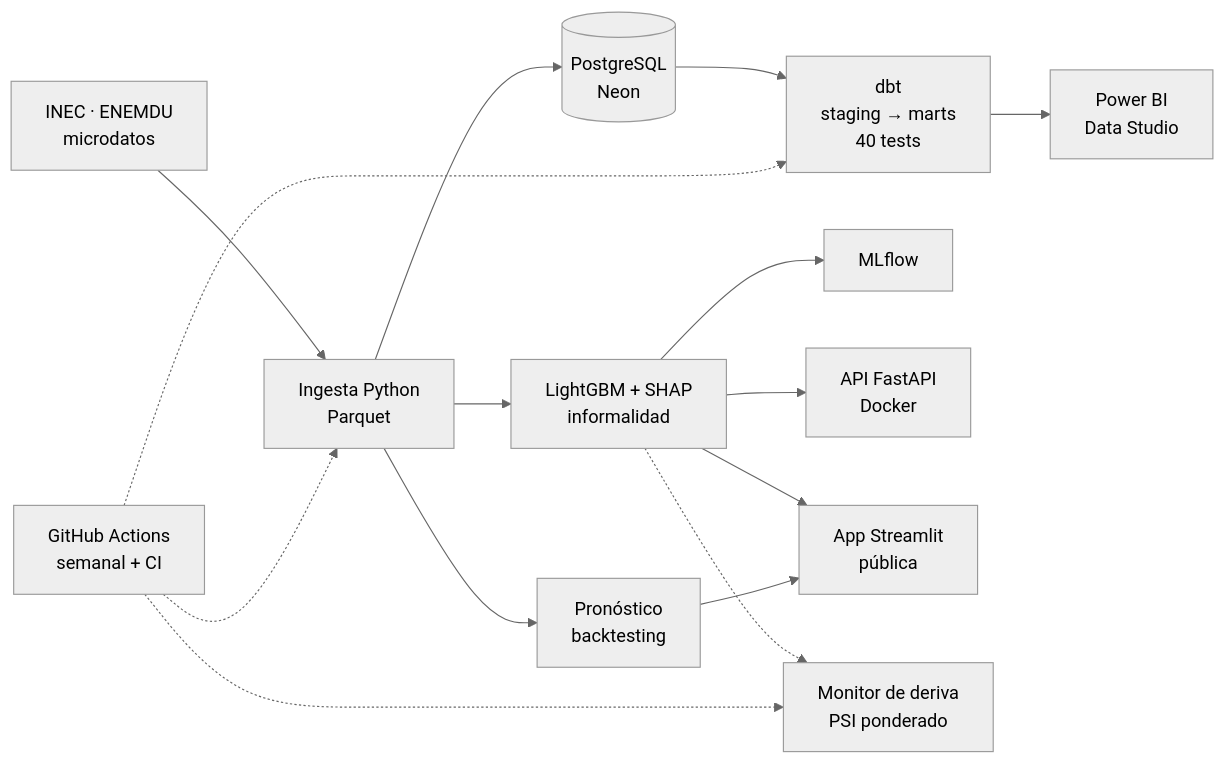
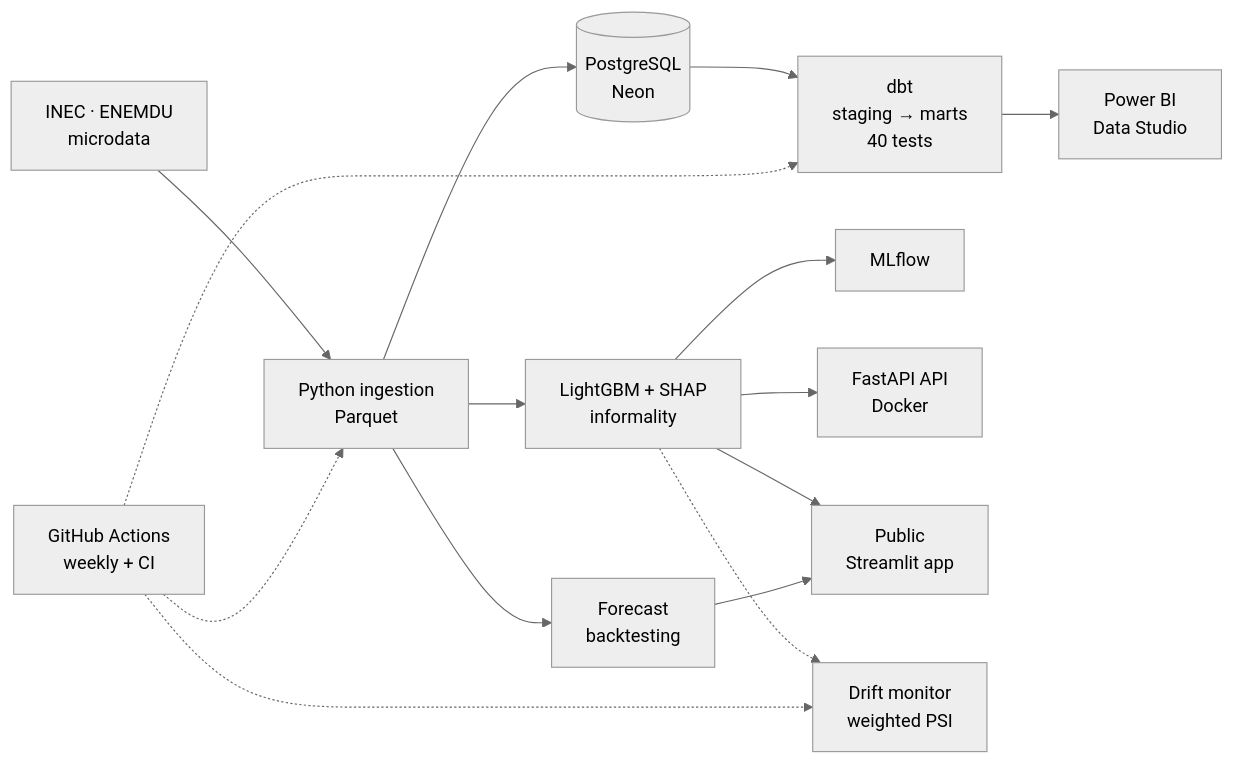
Before and after one commit to GUAR-NIX/PORTAFOLIO-CLOUD: the diagram in observatorio-laboral-ec/README.md, drawn with Mermaid (neutral theme). The commit also changed other lines of this file and 24 other files, not shown here.

````diff
--- a/observatorio-laboral-ec/README.md
+++ b/observatorio-laboral-ec/README.md
@@ -89,14 +102,14 @@
 ```mermaid
 flowchart LR
-  INEC["INEC · ENEMDU<br/>microdatos"] --> ING["Ingesta Python<br/>Parquet"]
+  INEC["INEC · ENEMDU<br/>microdata"] --> ING["Python ingestion<br/>Parquet"]
   ING --> PG[("PostgreSQL<br/>Neon")]
   PG --> DBT["dbt<br/>staging → marts<br/>40 tests"]
   DBT --> BI["Power BI<br/>Data Studio"]
-  ING --> ML1["LightGBM + SHAP<br/>informalidad"]
-  ING --> ML2["Pronóstico<br/>backtesting"]
+  ING --> ML1["LightGBM + SHAP<br/>informality"]
+  ING --> ML2["Forecast<br/>backtesting"]
   ML1 --> MLF["MLflow"]
-  ML1 --> API["API FastAPI<br/>Docker"]
-  ML1 & ML2 --> APP["App Streamlit<br/>pública"]
-  ML1 -.-> MON["Monitor de deriva<br/>PSI ponderado"]
-  GHA["GitHub Actions<br/>semanal + CI"] -.-> ING & DBT & MON
+  ML1 --> API["FastAPI API<br/>Docker"]
+  ML1 & ML2 --> APP["Public<br/>Streamlit app"]
+  ML1 -.-> MON["Drift monitor<br/>weighted PSI"]
+  GHA["GitHub Actions<br/>weekly + CI"] -.-> ING & DBT & MON
 ```
````
